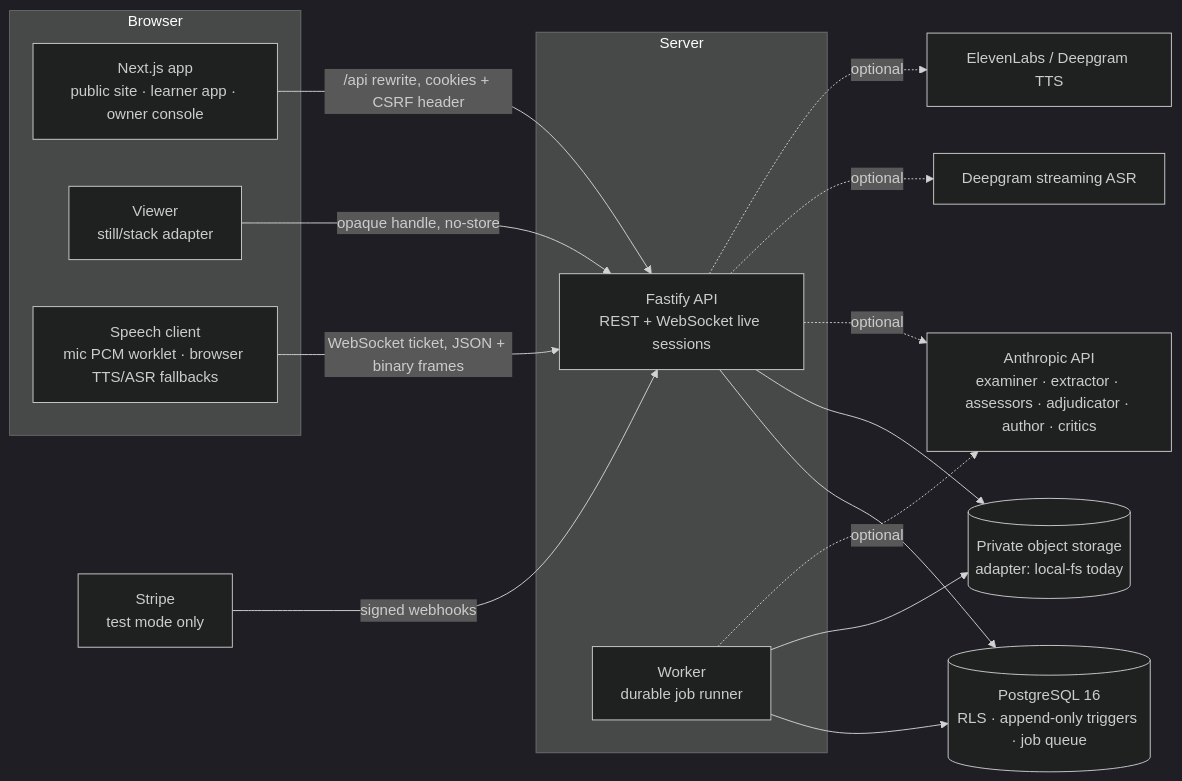
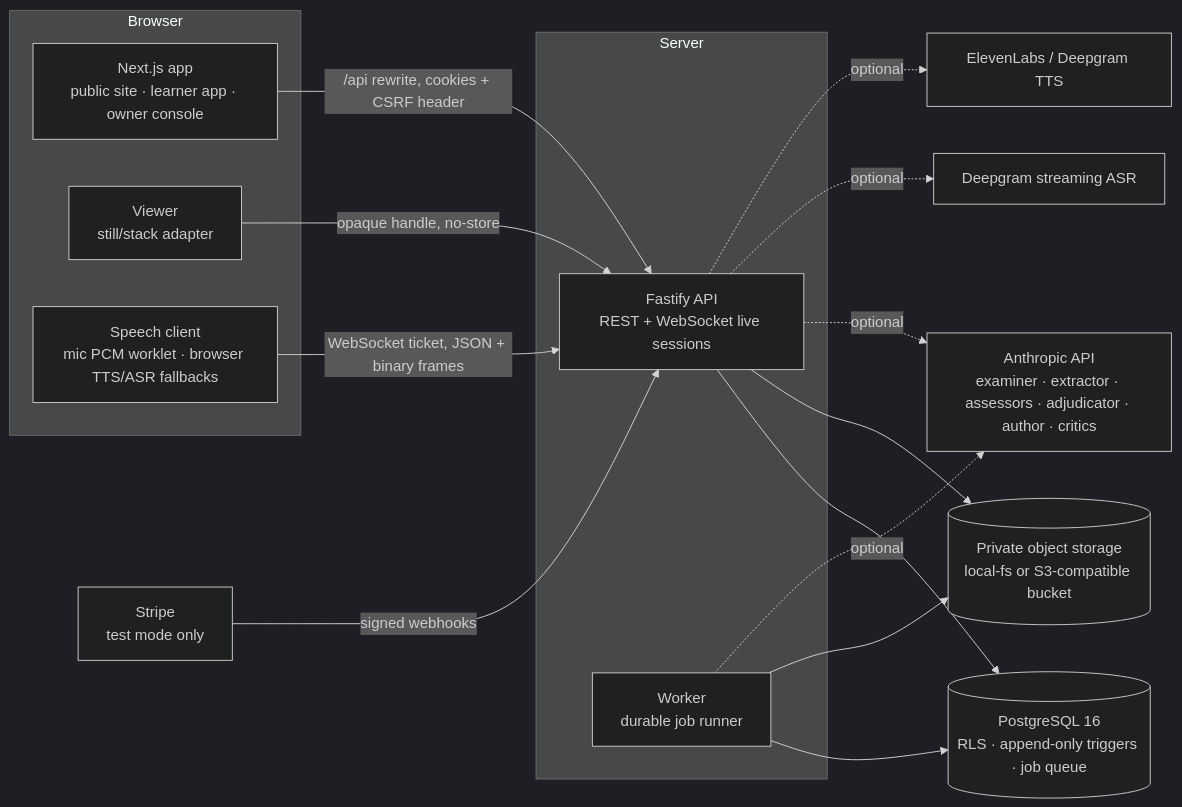
One commit to punture/Radexamsim changed the first of 3 diagrams in docs/ARCHITECTURE.md. Above: the diagram before and after it, drawn with Mermaid (dark theme). The commit also changed other lines of this file and 28 other files, not shown here.

First line of the commit message:
Add a private S3-compatible storage driver with a startup privacy check

````diff
--- a/docs/ARCHITECTURE.md
+++ b/docs/ARCHITECTURE.md
@@ -21,30 +21,30 @@
 ```mermaid
 flowchart LR
   subgraph Browser
     W[Next.js app<br/>public site · learner app · owner console]
     V[Viewer<br/>still/stack adapter]
     S[Speech client<br/>mic PCM worklet · browser TTS/ASR fallbacks]
   end
   subgraph Server
     API[Fastify API<br/>REST + WebSocket live sessions]
     WK[Worker<br/>durable job runner]
   end
   DB[(PostgreSQL 16<br/>RLS · append-only triggers · job queue)]
-  ST[(Private object storage<br/>adapter: local-fs today)]
+  ST[(Private object storage<br/>local-fs or S3-compatible bucket)]
   LLM[Anthropic API<br/>examiner · extractor · assessors · adjudicator · author · critics]
   ASR[Deepgram streaming ASR]
   TTS[ElevenLabs / Deepgram TTS]
   STRIPE[Stripe<br/>test mode only]
   W -- /api rewrite, cookies + CSRF header --> API
   S -- WebSocket ticket, JSON + binary frames --> API
   V -- opaque handle, no-store --> API
   API --> DB
   WK --> DB
   API --> ST
   WK --> ST
   API -. optional .-> LLM
   WK -. optional .-> LLM
   API -. optional .-> ASR
   API -. optional .-> TTS
   STRIPE -- signed webhooks --> API
 ```
````
